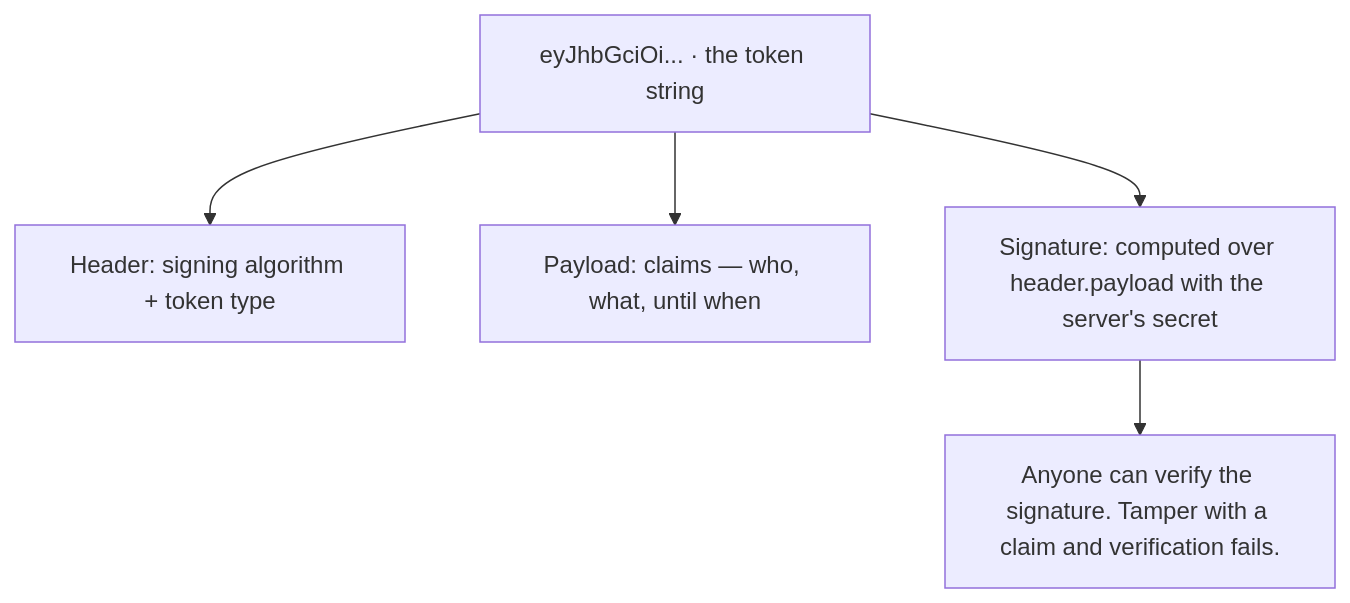
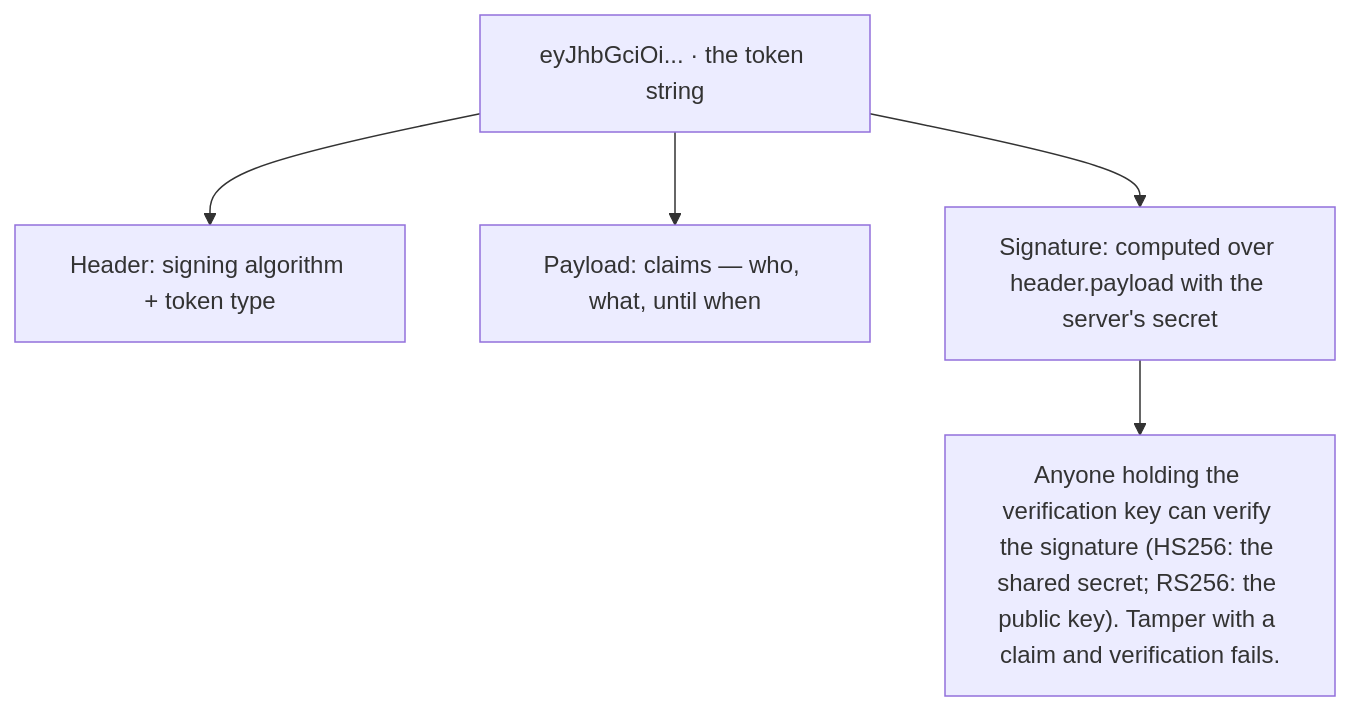
The second of 4 diagrams in content/lessons/authn-authz.mdx (veeresh-bikkaneti/system-design-and-architecture), drawn with Mermaid before and after one commit. The commit also changed 3 other files, not shown here.

Commit message:
Wave 2: apply architect review fixes (2 blocking + 5 nits)

````diff
--- a/content/lessons/authn-authz.mdx
+++ b/content/lessons/authn-authz.mdx
@@ -124,7 +124,7 @@
 ```mermaid
 flowchart TD
     T["eyJhbGciOi... · the token string"]:::security --> H["Header: signing algorithm + token type"]:::security
     T --> P["Payload: claims — who, what, until when"]:::security
     T --> S["Signature: computed over header.payload with the server's secret"]:::security
-    S --> V["Anyone can verify the signature. Tamper with a claim and verification fails."]:::security
+    S --> V["Anyone holding the verification key can verify the signature (HS256: the shared secret; RS256: the public key). Tamper with a claim and verification fails."]:::security
 ```
````
